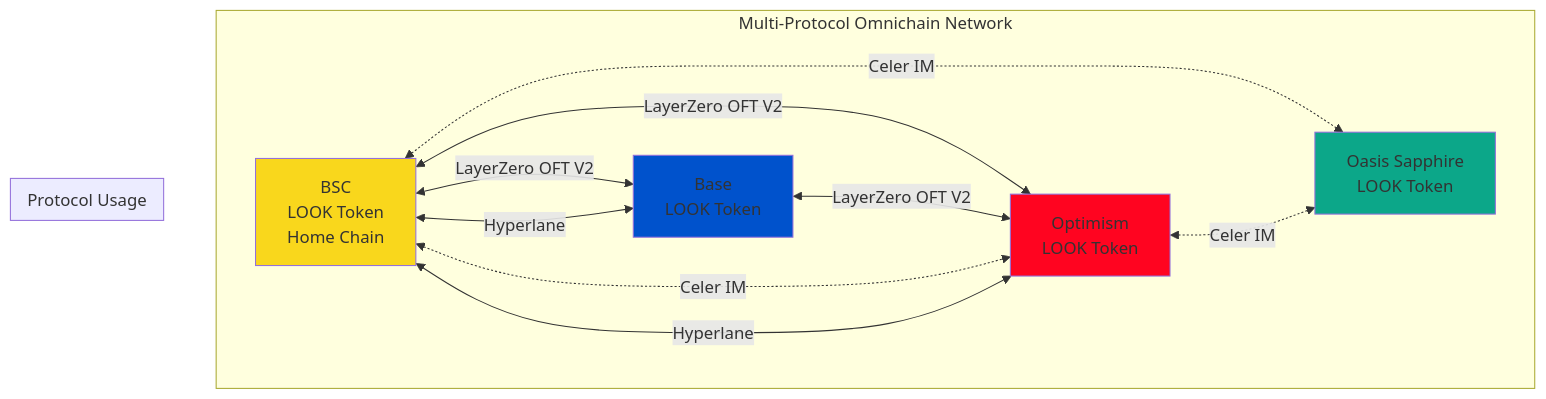
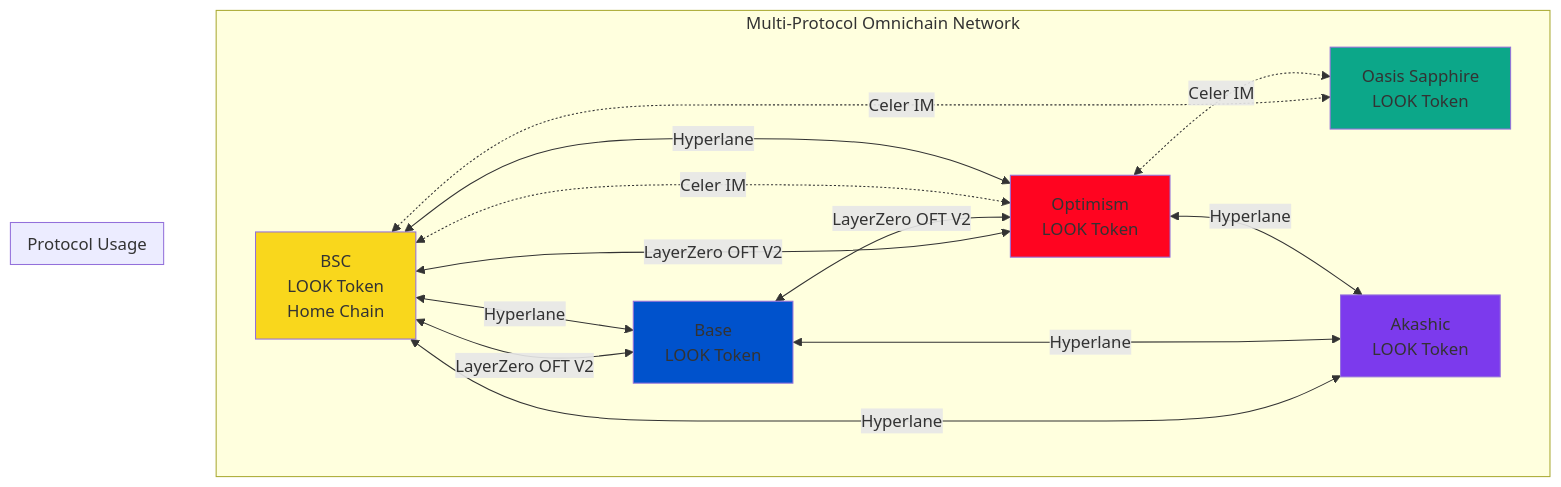
The second of 11 diagrams in docs/TECHNICAL.md (lookcard-dev/lookcoin-contract), drawn with Mermaid before and after one commit. The commit also changed other lines of this file and 41 other files, not shown here.

First line of the commit message:
Enhance cross-chain capabilities and modular architecture

````diff
--- a/docs/TECHNICAL.md
+++ b/docs/TECHNICAL.md
@@ -84,27 +106,32 @@
 ```mermaid
 graph TB
     subgraph "Multi-Protocol Omnichain Network"
         BSC[BSC<br/>LOOK Token<br/>Home Chain]
         BASE[Base<br/>LOOK Token]
         OPT[Optimism<br/>LOOK Token]
         SAPPHIRE[Oasis Sapphire<br/>LOOK Token]
+        AKASHIC[Akashic<br/>LOOK Token]
     end
 
     subgraph "Protocol Usage"
         BSC <--> |LayerZero OFT V2| BASE
         BSC <--> |LayerZero OFT V2| OPT
         BASE <--> |LayerZero OFT V2| OPT
         
         BSC <-.-> |Celer IM| OPT
         BSC <-.-> |Celer IM| SAPPHIRE
         OPT <-.-> |Celer IM| SAPPHIRE
         
         BSC <--> |Hyperlane| BASE
         BSC <--> |Hyperlane| OPT
+        BSC <--> |Hyperlane| AKASHIC
+        BASE <--> |Hyperlane| AKASHIC
+        OPT <--> |Hyperlane| AKASHIC
     end
 
     style BSC fill:#f9d71c
     style BASE fill:#0052cc
     style OPT fill:#ff0420
     style SAPPHIRE fill:#0ca789
+    style AKASHIC fill:#7c3aed
 ```
````
